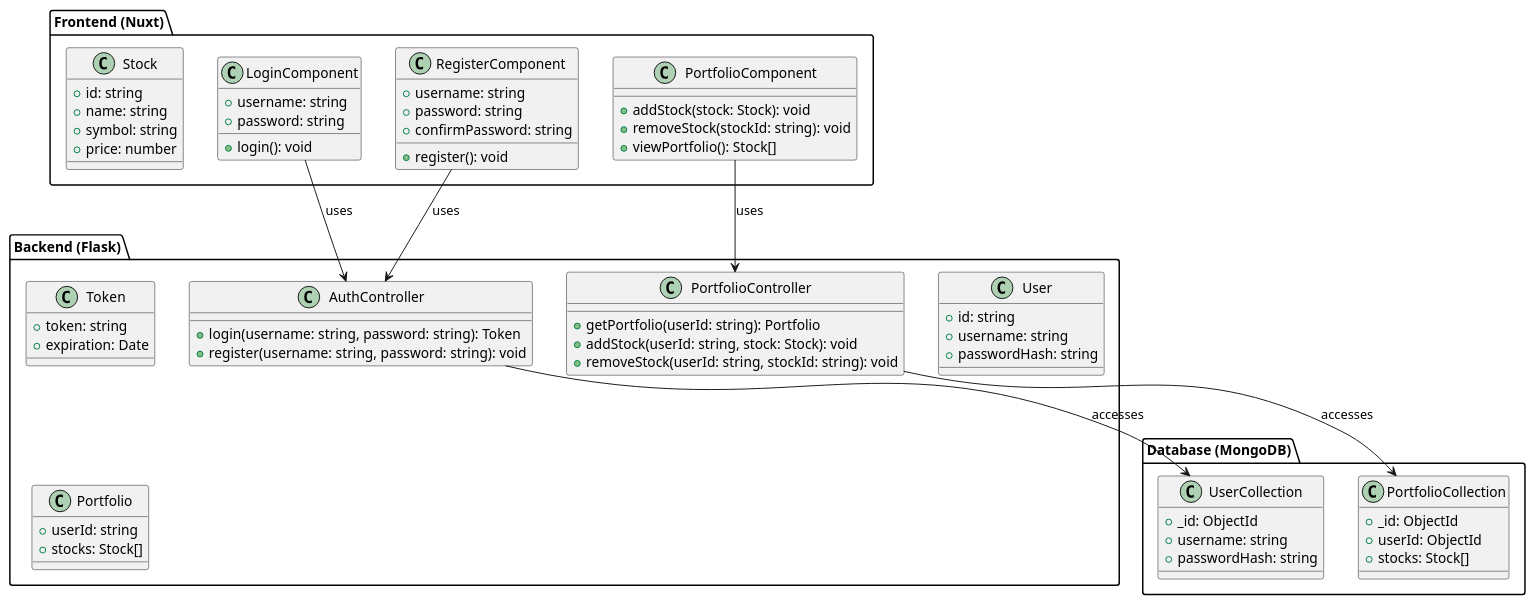
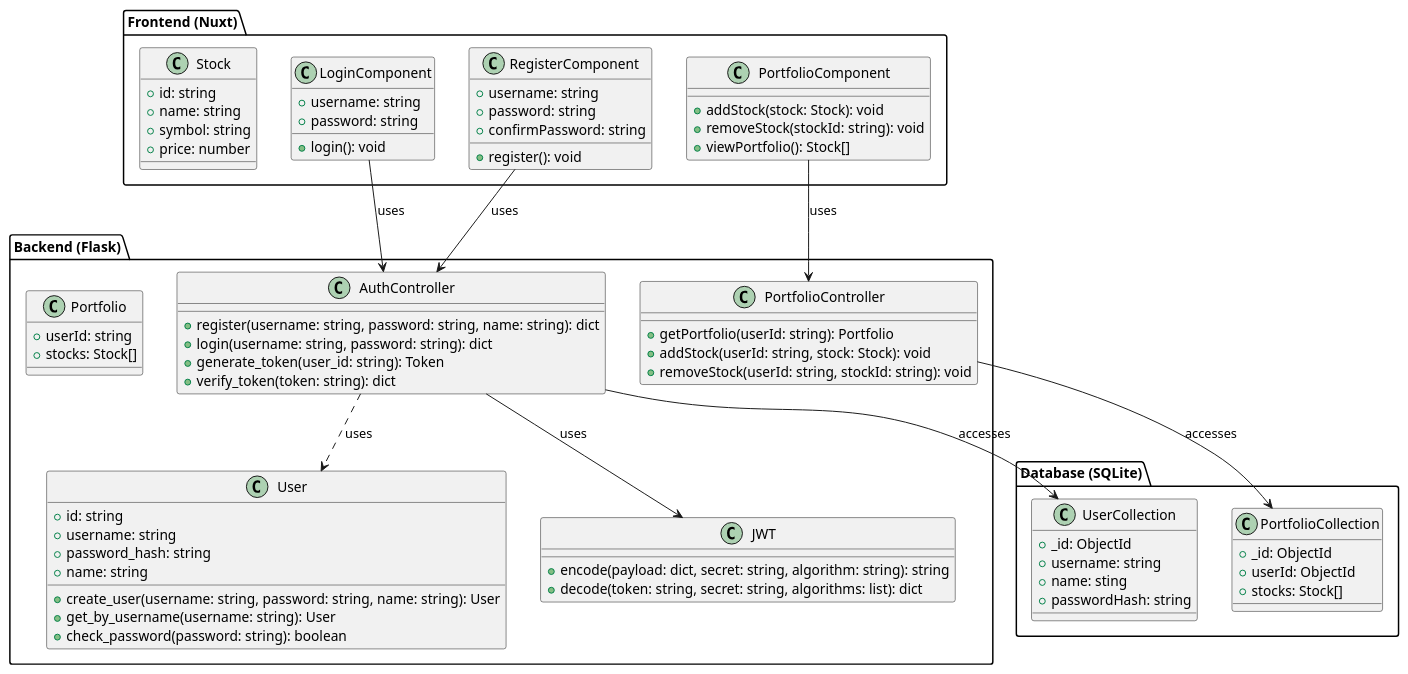
The diagram in docs/architecure.puml (kpeter1994/cubix_software_sft), drawn with PlantUML before and after one commit. The commit also changed 18 other files, not shown here.

```diff
--- a/docs/architecure.puml
+++ b/docs/architecure.puml
@@ -1,80 +1,89 @@
 @startuml
 
 package "Frontend (Nuxt)" {
     class LoginComponent {
         + username: string
         + password: string
         + login(): void
     }
 
     class RegisterComponent {
         + username: string
         + password: string
         + confirmPassword: string
         + register(): void
     }
 
     class PortfolioComponent {
         + addStock(stock: Stock): void
         + removeStock(stockId: string): void
         + viewPortfolio(): Stock[]
     }
 
     class Stock {
         + id: string
         + name: string
         + symbol: string
         + price: number
     }
 }
 
 package "Backend (Flask)" {
-    class AuthController {
-        + login(username: string, password: string): Token
-        + register(username: string, password: string): void
-    }
+   class AuthController {
+       + register(username: string, password: string, name: string): dict
+       + login(username: string, password: string): dict
+       + generate_token(user_id: string): Token
+       + verify_token(token: string): dict
+   }
 
     class PortfolioController {
         + getPortfolio(userId: string): Portfolio
         + addStock(userId: string, stock: Stock): void
         + removeStock(userId: string, stockId: string): void
     }
 
-    class Token {
-        + token: string
-        + expiration: Date
-    }
-
     class User {
         + id: string
         + username: string
-        + passwordHash: string
+        + password_hash: string
+        + name: string
+        + create_user(username: string, password: string, name: string): User
+        + get_by_username(username: string): User
+        + check_password(password: string): boolean
     }
 
     class Portfolio {
         + userId: string
         + stocks: Stock[]
     }
+
+    class JWT {
+        + encode(payload: dict, secret: string, algorithm: string): string
+        + decode(token: string, secret: string, algorithms: list): dict
+    }
 }
 
-package "Database (MongoDB)" {
+package "Database (SQLite)" {
     class UserCollection {
         + _id: ObjectId
         + username: string
+        + name: sting
         + passwordHash: string
     }
 
     class PortfolioCollection {
         + _id: ObjectId
         + userId: ObjectId
         + stocks: Stock[]
     }
 }
 
 "LoginComponent" --> "AuthController": uses
 "RegisterComponent" --> "AuthController": uses
 "PortfolioComponent" --> "PortfolioController": uses
+"AuthController" ..> "User": uses
+"AuthController" --> JWT : uses
 "AuthController" --> "UserCollection": accesses
 "PortfolioController" --> "PortfolioCollection": accesses
 
 @enduml
```
